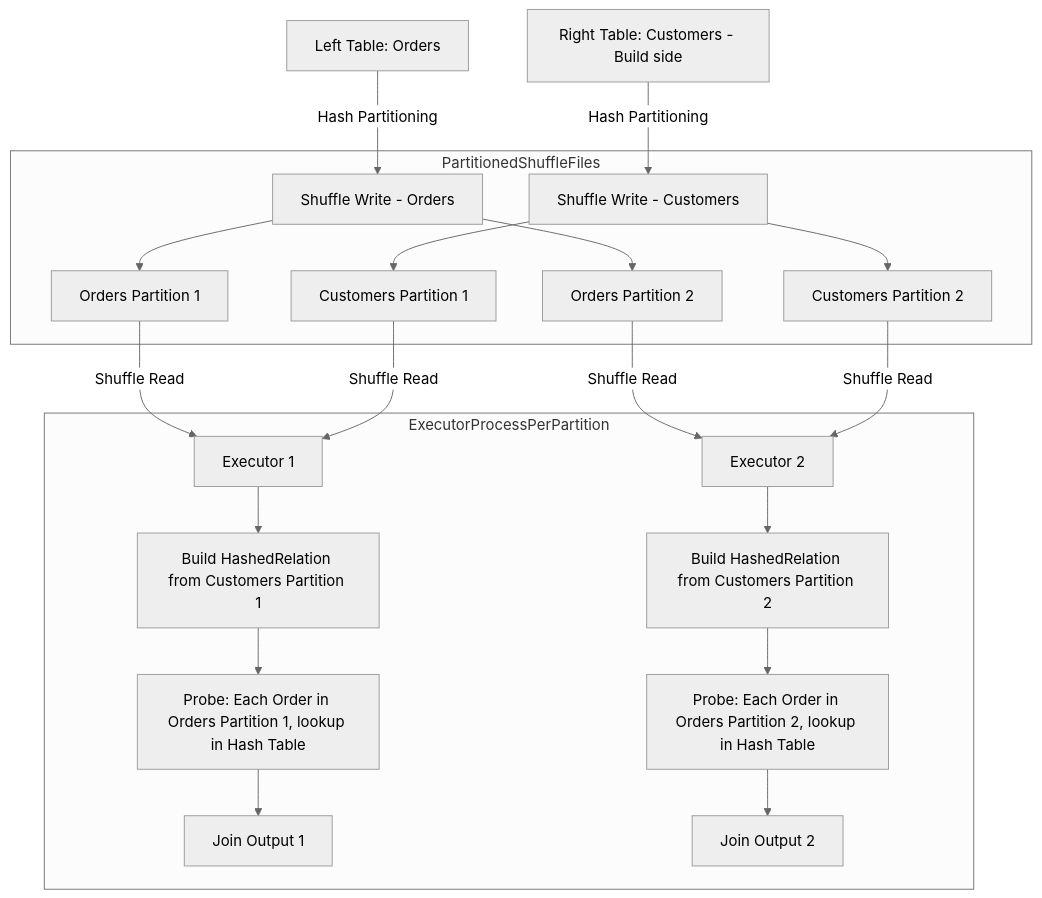
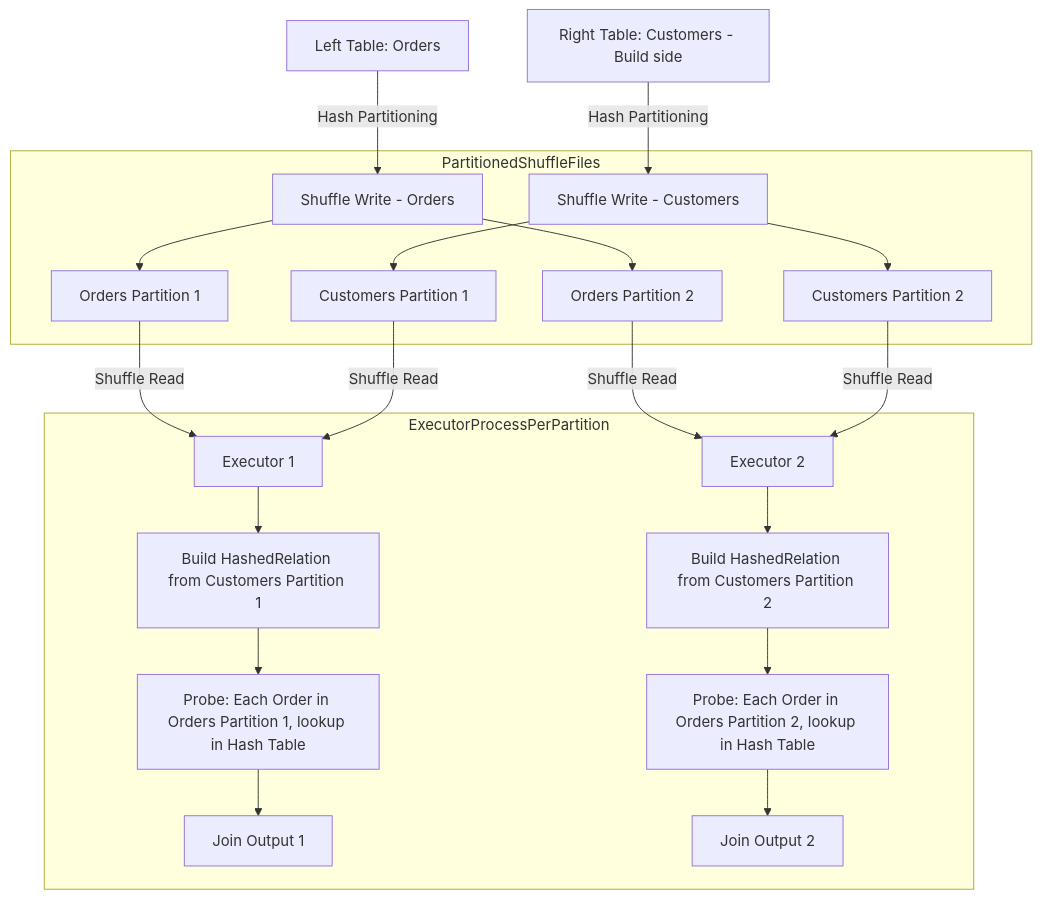
Before and after one commit to guptaakashdeep/Second-Brain: the diagram in content/Internals of Shuffle Hash Join.md, drawn with Mermaid.

Commit message:
Quartz sync: Nov 2, 2025, 8:44 PM

````diff
--- a/content/Internals of Shuffle Hash Join.md
+++ b/content/Internals of Shuffle Hash Join.md
@@ -88,48 +88,44 @@
 ```mermaid
----
-config:
-  theme: neutral
----
 flowchart TD
 
 OrdersTable[Left Table: Orders] -- "Hash Partitioning" --> OrdersShuffleWrite[Shuffle Write - Orders]
 
 CustomersTable[Right Table: Customers - Build side] -- "Hash Partitioning" --> CustomersShuffleWrite[Shuffle Write - Customers]
 
   
 
 subgraph PartitionedShuffleFiles
 OrdersShuffleWrite --> OrdersPart1[Orders Partition 1]
 OrdersShuffleWrite --> OrdersPart2[Orders Partition 2]
 CustomersShuffleWrite --> CustPart1[Customers Partition 1]
 CustomersShuffleWrite --> CustPart2[Customers Partition 2]
 end
 
 OrdersPart1 -- "Shuffle Read" --> Exec1[Executor 1]
 CustPart1 -- "Shuffle Read" --> Exec1
 OrdersPart2 -- "Shuffle Read" --> Exec2[Executor 2]
 CustPart2 -- "Shuffle Read" --> Exec2
 
 subgraph ExecutorProcessPerPartition
 Exec1 --> Build1[Build HashedRelation from Customers Partition 1]
 Build1 --> Probe1[Probe: Each Order in Orders Partition 1, lookup in Hash Table]
 Probe1 --> JoinOut1[Join Output 1]
 
 Exec2 --> Build2[Build HashedRelation from Customers Partition 2]
 Build2 --> Probe2[Probe: Each Order in Orders Partition 2, lookup in Hash Table]
 Probe2 --> JoinOut2[Join Output 2]
 end
 
 %% style OrdersTable fill:#bbdefb
 %% style CustomersTable fill:#c8e6c9
 %% style OrdersShuffleWrite fill:#90caf9
 %% style CustomersShuffleWrite fill:#a5d6a7
 %% style Exec1 fill:#ffe082
 %% style Exec2 fill:#ffe082
 %% style Build1 fill:#ffd54f
 %% style Build2 fill:#ffd54f
 %% style Probe1 fill:#b2dfdb
 %% style Probe2 fill:#b2dfdb
 %% style JoinOut1 fill:#ce93d8
 %% style JoinOut2 fill:#ce93d8
 ```
````
